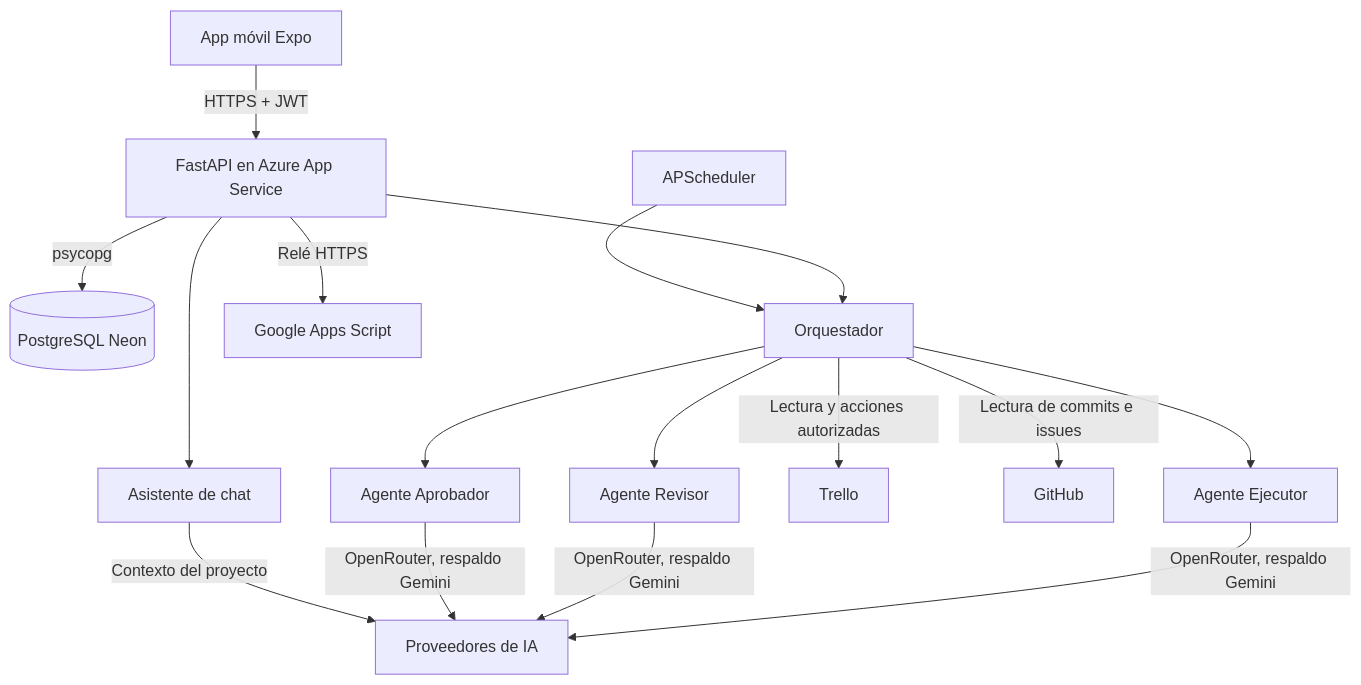
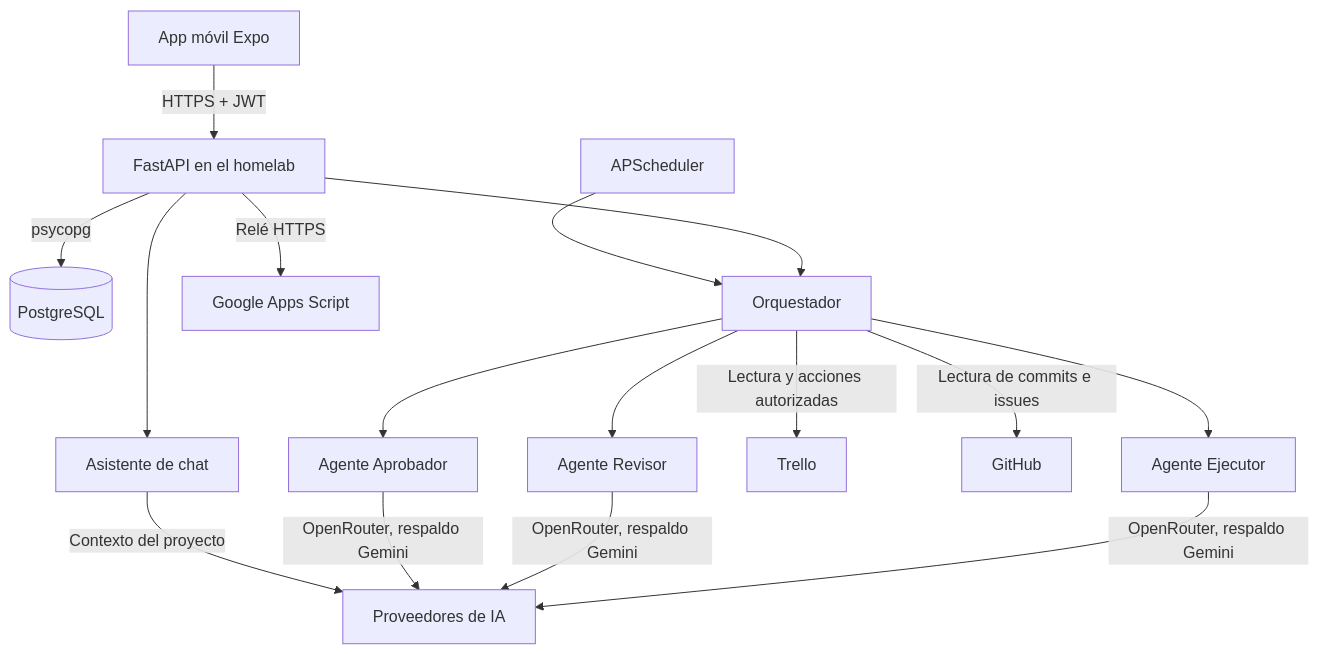
Before and after one commit to kiramman-mp3/agente-proyectos: the diagram in docs/arquitectura.md, drawn with Mermaid. The commit also changed other lines of this file and 4 other files, not shown here.

````diff
--- a/docs/arquitectura.md
+++ b/docs/arquitectura.md
@@ -9,16 +9,16 @@
 ```mermaid
 graph TD
-    Mobile[App móvil Expo] -->|HTTPS + JWT| API[FastAPI en Azure App Service]
-    API -->|psycopg| DB[(PostgreSQL Neon)]
+    Mobile[App móvil Expo] -->|HTTPS + JWT| API[FastAPI en el homelab]
+    API -->|psycopg| DB[(PostgreSQL)]
     API --> Orq[Orquestador]
     Orq --> Exe[Agente Ejecutor]
     Orq --> Rev[Agente Revisor]
     Orq --> Apr[Agente Aprobador]
     Exe & Rev & Apr -->|OpenRouter, respaldo Gemini| LLM[Proveedores de IA]
     Orq -->|Lectura y acciones autorizadas| Trello[Trello]
     Orq -->|Lectura de commits e issues| GitHub[GitHub]
     API -->|Relé HTTPS| Mail[Google Apps Script]
     Sched[APScheduler] --> Orq
     API --> Chat[Asistente de chat]
     Chat -->|Contexto del proyecto| LLM
 ```
````
